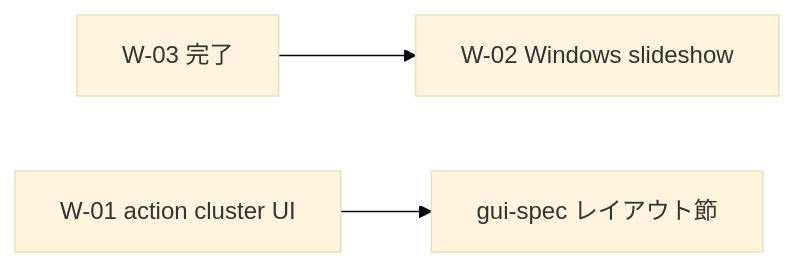
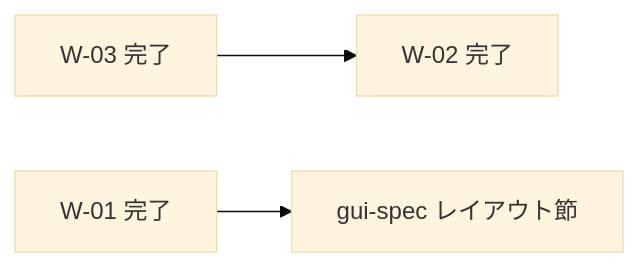
One commit to oggy8021/Harite changed the diagram in docs/working/20260531-1200-windows-qt-validation-backlog.md. Above: the diagram before and after it, drawn with Mermaid (base theme). The commit also changed other lines of this file and 6 other files, not shown here.

````diff
--- a/docs/working/20260531-1200-windows-qt-validation-backlog.md
+++ b/docs/working/20260531-1200-windows-qt-validation-backlog.md
@@ -21,9 +21,9 @@
 ```mermaid
 flowchart LR
   W03[W-03 完了]
-  W02[W-02 Windows slideshow]
-  W01[W-01 action cluster UI]
+  W02[W-02 完了]
+  W01[W-01 完了]
 
   W03 --> W02
   W01 --> SpecGUI[gui-spec レイアウト節]
 ```
````
